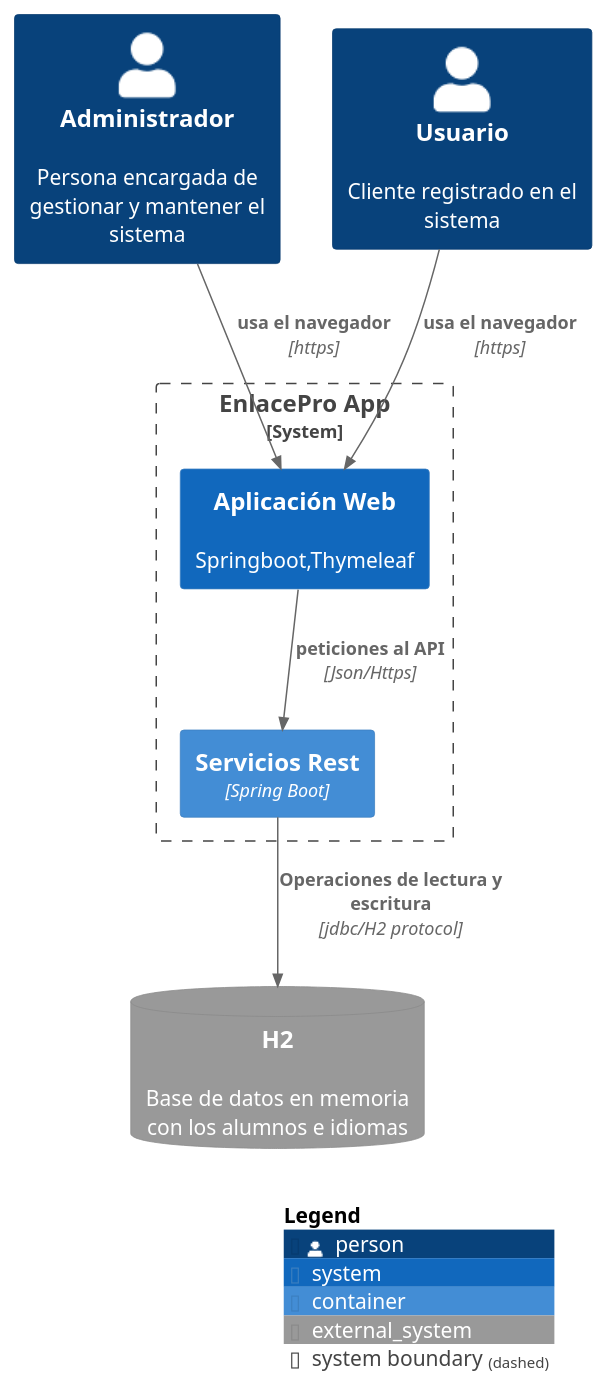
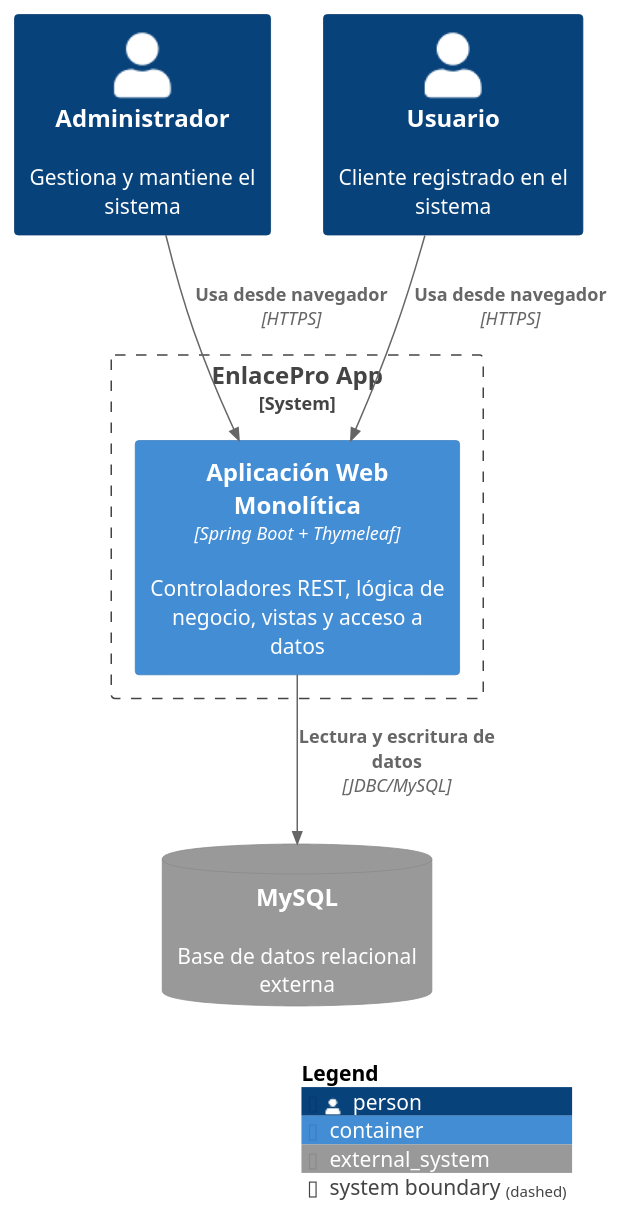
Before and after one commit to HananeHB/proyecto_Enlace_Pro: the diagram in design/modelo_c4/diagrama_contenedores.puml, drawn with PlantUML. The commit also changed 1 other file, not shown here.

```diff
--- a/design/modelo_c4/diagrama_contenedores.puml
+++ b/design/modelo_c4/diagrama_contenedores.puml
@@ -1,26 +1,19 @@
-@startuml siagrama_de_contenedores
+@startuml diagrama_de_contenedores
 !include https://raw.githubusercontent.com/plantuml-stdlib/C4-PlantUML/master/C4_Container.puml
 
-' -- Actores --'
-Person(rol_administrador, "Administrador", "Persona encargada de gestionar y mantener el sistema")
+Person(rol_administrador, "Administrador", "Gestiona y mantiene el sistema")
 Person(rol_usuario, "Usuario", "Cliente registrado en el sistema")
 
-' --Sistemas central --'
-System_Boundary(c1, "EnlacePro App"){
-    System(cliente, "Aplicación Web", "Springboot,Thymeleaf")
-    Container(servidor, "Servicios Rest", "Spring Boot")
+System_Boundary(c1, "EnlacePro App") {
+    Container(monolito, "Aplicación Web Monolítica", "Spring Boot + Thymeleaf", "Controladores REST, lógica de negocio, vistas y acceso a datos")
 }
 
-'--Sistemas externos--'
-SystemDb_Ext(database, "H2","Base de datos en memoria  con los alumnos e idiomas")
+SystemDb_Ext(database, "MySQL", "Base de datos relacional externa")
 
-' --Rlaciones-- '
-Rel(rol_administrador, cliente, "usa el navegador", "https")
-Rel(rol_usuario, cliente, "usa el navegador", "https")
-Rel(cliente, servidor, "peticiones al API", "Json/Https")
-Rel(servidor , database, "Operaciones de lectura y escritura", "jdbc/H2 protocol")
+Rel(rol_administrador, monolito, "Usa desde navegador", "HTTPS")
+Rel(rol_usuario, monolito, "Usa desde navegador", "HTTPS")
+Rel(monolito, database, "Lectura y escritura de datos", "JDBC/MySQL")
 
-'--Leyenda--'
 SHOW_LEGEND()
 
-@enduml 
+@enduml
```
